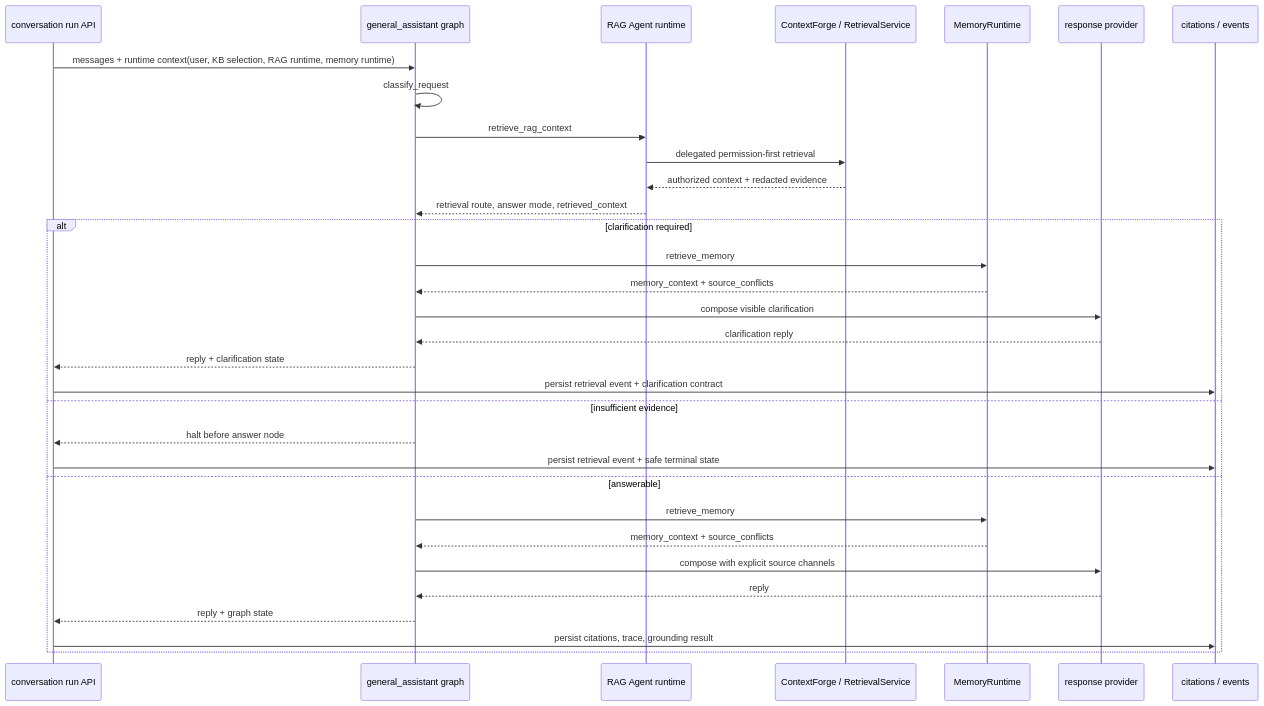
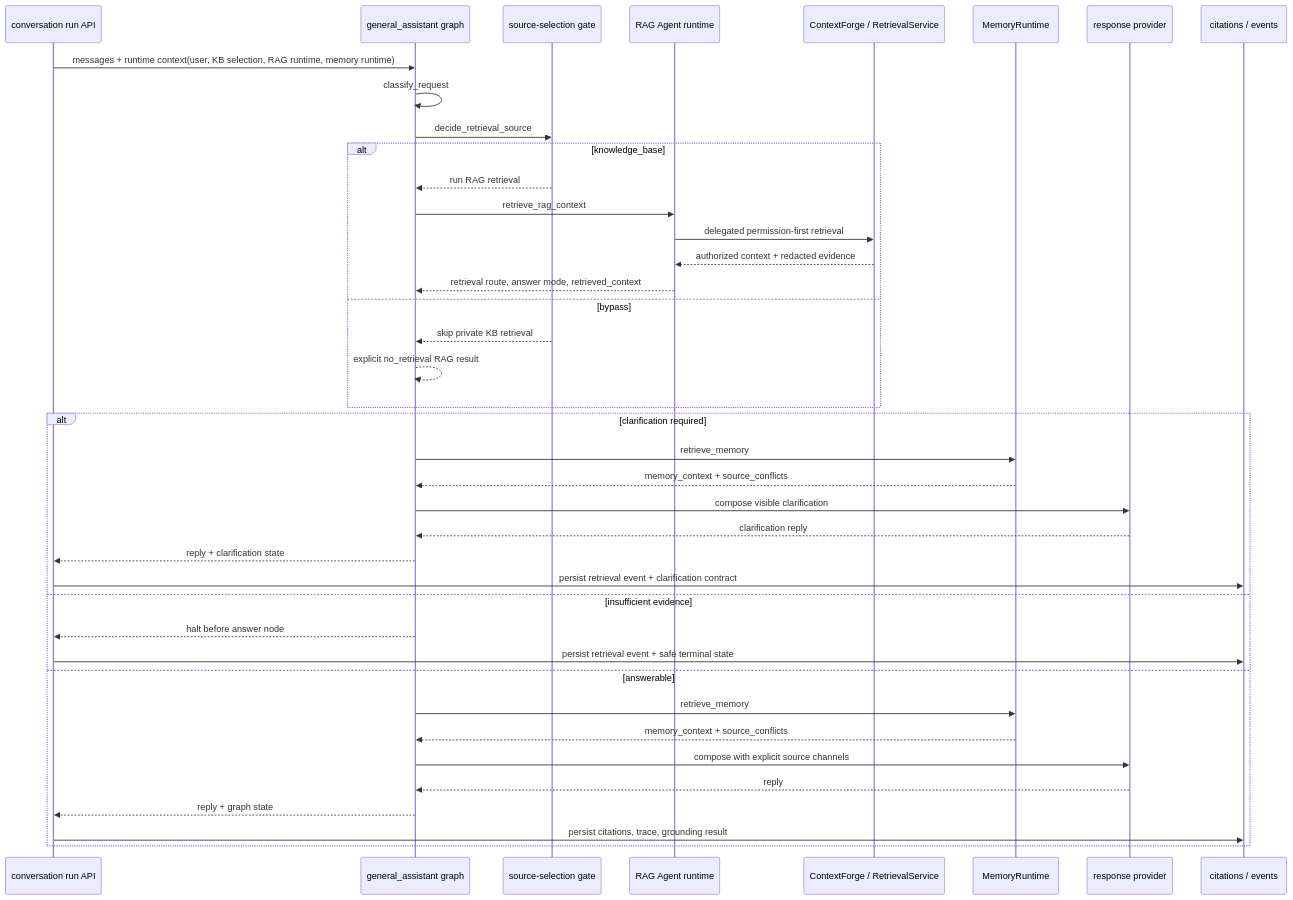
Before and after one commit to heecheon92/my-agents: the second of 2 diagrams in my_agents/agents/general_assistant/README.en.md, drawn with Mermaid. The commit also changed other lines of this file and 25 other files, not shown here.

````diff
--- a/my_agents/agents/general_assistant/README.en.md
+++ b/my_agents/agents/general_assistant/README.en.md
@@ -68,35 +72,43 @@
 ```mermaid
 sequenceDiagram
     participant RunAPI as conversation run API
     participant Graph as general_assistant graph
+    participant Gate as source-selection gate
     participant RAG as RAG Agent runtime
     participant Retrieval as ContextForge / RetrievalService
     participant Memory as MemoryRuntime
     participant Provider as response provider
     participant Events as citations / events
 
     RunAPI->>Graph: messages + runtime context(user, KB selection, RAG runtime, memory runtime)
     Graph->>Graph: classify_request
-    Graph->>RAG: retrieve_rag_context
-    RAG->>Retrieval: delegated permission-first retrieval
-    Retrieval-->>RAG: authorized context + redacted evidence
-    RAG-->>Graph: retrieval route, answer mode, retrieved_context
+    Graph->>Gate: decide_retrieval_source
+    alt knowledge_base
+        Gate-->>Graph: run RAG retrieval
+        Graph->>RAG: retrieve_rag_context
+        RAG->>Retrieval: delegated permission-first retrieval
+        Retrieval-->>RAG: authorized context + redacted evidence
+        RAG-->>Graph: retrieval route, answer mode, retrieved_context
+    else bypass
+        Gate-->>Graph: skip private KB retrieval
+        Graph-->>Graph: explicit no_retrieval RAG result
+    end
     alt clarification required
         Graph->>Memory: retrieve_memory
         Memory-->>Graph: memory_context + source_conflicts
         Graph->>Provider: compose visible clarification
         Provider-->>Graph: clarification reply
         Graph-->>RunAPI: reply + clarification state
         RunAPI->>Events: persist retrieval event + clarification contract
     else insufficient evidence
         Graph-->>RunAPI: halt before answer node
         RunAPI->>Events: persist retrieval event + safe terminal state
     else answerable
         Graph->>Memory: retrieve_memory
         Memory-->>Graph: memory_context + source_conflicts
         Graph->>Provider: compose with explicit source channels
         Provider-->>Graph: reply
         Graph-->>RunAPI: reply + graph state
         RunAPI->>Events: persist citations, trace, grounding result
     end
 ```
````
